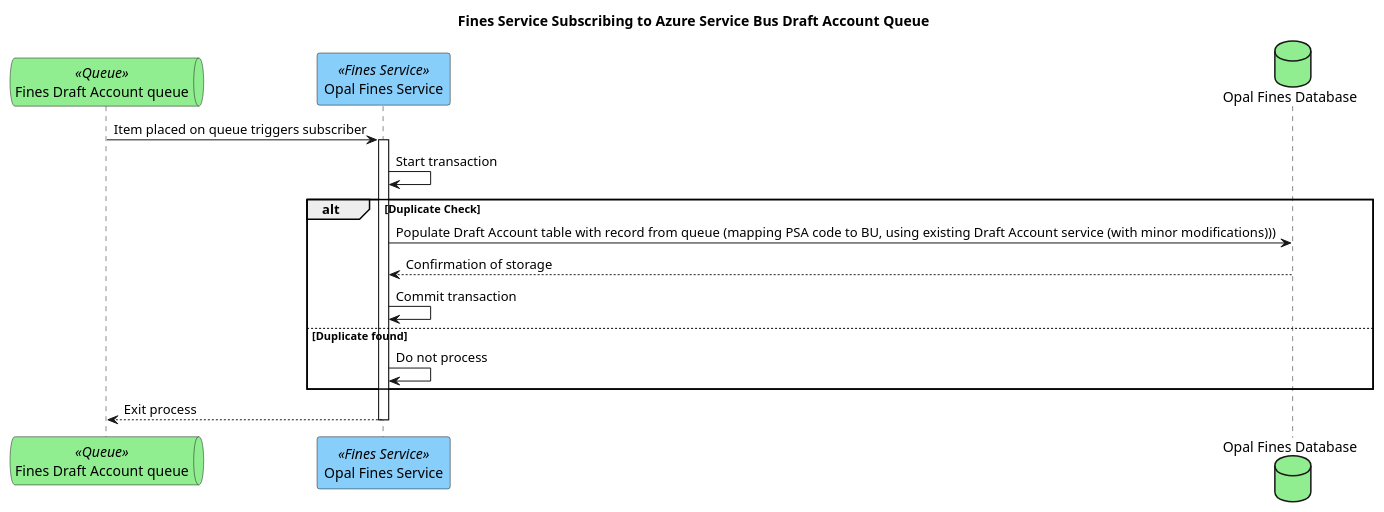
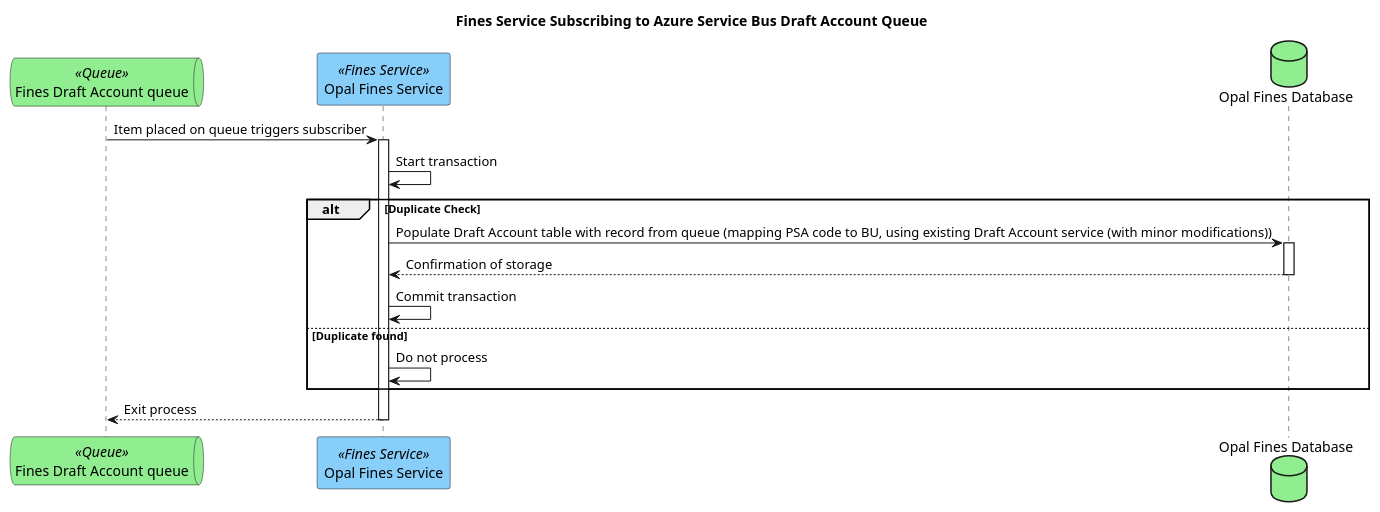
The diagram in plantUML/external-interfaces/fines-from-vpfpo-queue.puml (hmcts/opal-docs), drawn with PlantUML before and after one commit. The commit also changed 2 other files, not shown here.

Commit message:
Placing the re-processing in the correct image, using full bars rather than re-used

```diff
--- a/plantUML/external-interfaces/fines-from-vpfpo-queue.puml
+++ b/plantUML/external-interfaces/fines-from-vpfpo-queue.puml
@@ -1,17 +1,17 @@
 @startuml
 title Fines Service Subscribing to Azure Service Bus Draft Account Queue
 queue "Fines Draft Account queue" as finesDraftAccountQueue <<Queue>> #lightgreen
 participant "Opal Fines Service" as finesService <<Fines Service>> #LightSkyBlue
 database "Opal Fines Database" as finesDb #LightGreen
 
 finesDraftAccountQueue -> finesService ++ : Item placed on queue triggers subscriber
 finesService -> finesService : Start transaction
 alt Duplicate Check
-    finesService -> finesDb : Populate Draft Account table with record from queue (mapping PSA code to BU, using existing Draft Account service (with minor modifications)))
+    finesService -> finesDb ++ : Populate Draft Account table with record from queue (mapping PSA code to BU, using existing Draft Account service (with minor modifications))
     finesDb --> finesService -- : Confirmation of storage
     finesService -> finesService : Commit transaction
 else Duplicate found
     finesService -> finesService : Do not process
 end
 finesService --> finesDraftAccountQueue -- : Exit process
 @enduml
```
